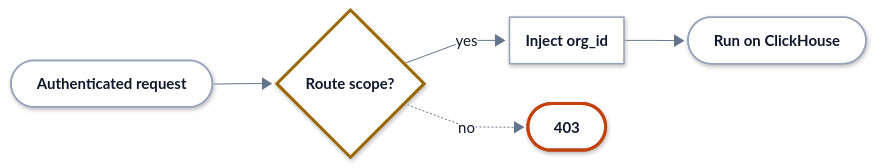
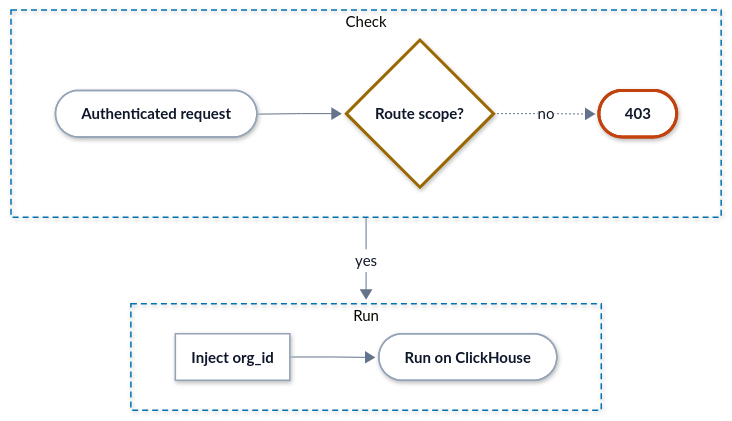
One commit to hyperi-io/dfe-engine changed the fourth of 4 diagrams in docs/data-plane/query-api.md. Above: the diagram before and after it, drawn with Mermaid. The commit also changed other lines of this file and 32 other files, not shown here.

First line of the commit message:
docs(architecture): engine page to the standard, diagrams to 860 px (#1209)

````diff
--- a/docs/data-plane/query-api.md
+++ b/docs/data-plane/query-api.md
@@ -639,20 +647,29 @@
     .ui .label-icon{color:#D9480F}
     .ext .label-icon{color:#64748B}
 ---
-flowchart LR
+flowchart TB
   accTitle: L4 Detail -- Query route authorisation
   accDescr: An authenticated request is checked for the route's scope. Without it the answer is 403. With it the executor injects org_id from the auth context and runs the query on ClickHouse.
 
-  request(["<b>Authenticated request</b>"])
-  scope{"<b>Route scope?</b>"}
-  inject["<b>Inject org_id</b>"]
-  deny(["<b>403</b>"])
-  run(["<b>Run on ClickHouse</b>"])
+  subgraph check["Check"]
+    direction LR
+    request(["<b>Authenticated request</b>"])
+    scope{"<b>Route scope?</b>"}
+    deny(["<b>403</b>"])
+  end
+  subgraph runq["Run"]
+    direction LR
+    inject["<b>Inject org_id</b>"]
+    run(["<b>Run on ClickHouse</b>"])
+  end
 
   request --> scope
-  scope -->|yes| inject
+  check -->|yes| runq
   scope -.->|no| deny
   inject --> run
+  class scope decision
+  class deny error
+  class request,inject,run part
   classDef ext fill:#F4F6F8,stroke:#94A3B8,stroke-width:1.5px,stroke-dasharray:5 4,color:#0F172A
   classDef ingest fill:#FFFFFF,stroke:#0E8A7D,stroke-width:3px,color:#0F172A
   classDef xform fill:#FFFFFF,stroke:#7B4FB0,stroke-width:3px,color:#0F172A
@@ -664,7 +681,6 @@
   classDef error fill:#FFFFFF,stroke:#C2410C,stroke-width:3px,color:#0F172A
   classDef control fill:#FFFFFF,stroke:#334155,stroke-width:3px,color:#0F172A
   classDef part fill:#FFFFFF,stroke:#94A3B8,stroke-width:1.5px,color:#0F172A
-  class scope decision
-  class deny error
-  class request,inject,run part
+  style check fill:none,stroke:#0072B2,stroke-width:1.5px,stroke-dasharray:6 4
+  style runq fill:none,stroke:#0072B2,stroke-width:1.5px,stroke-dasharray:6 4
 ```
````
